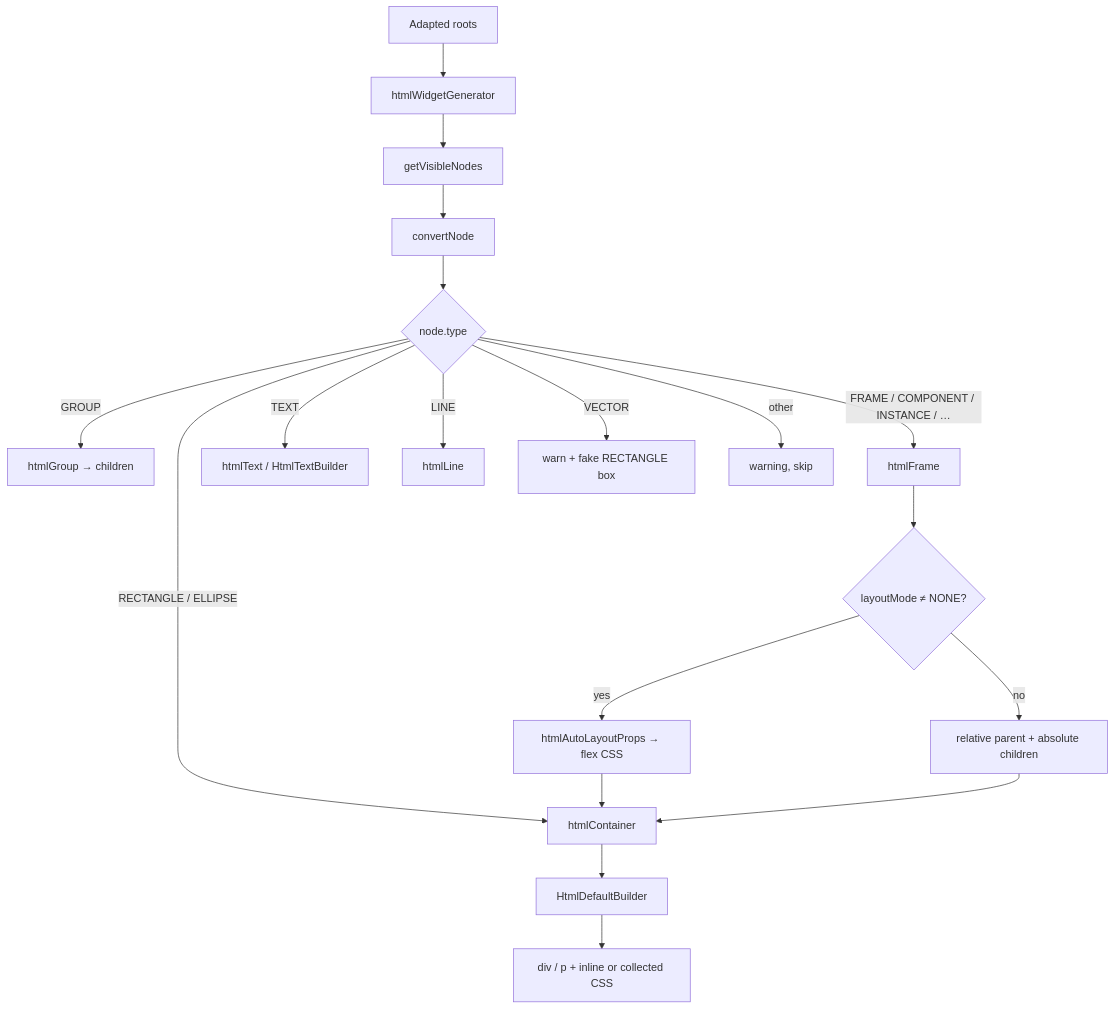
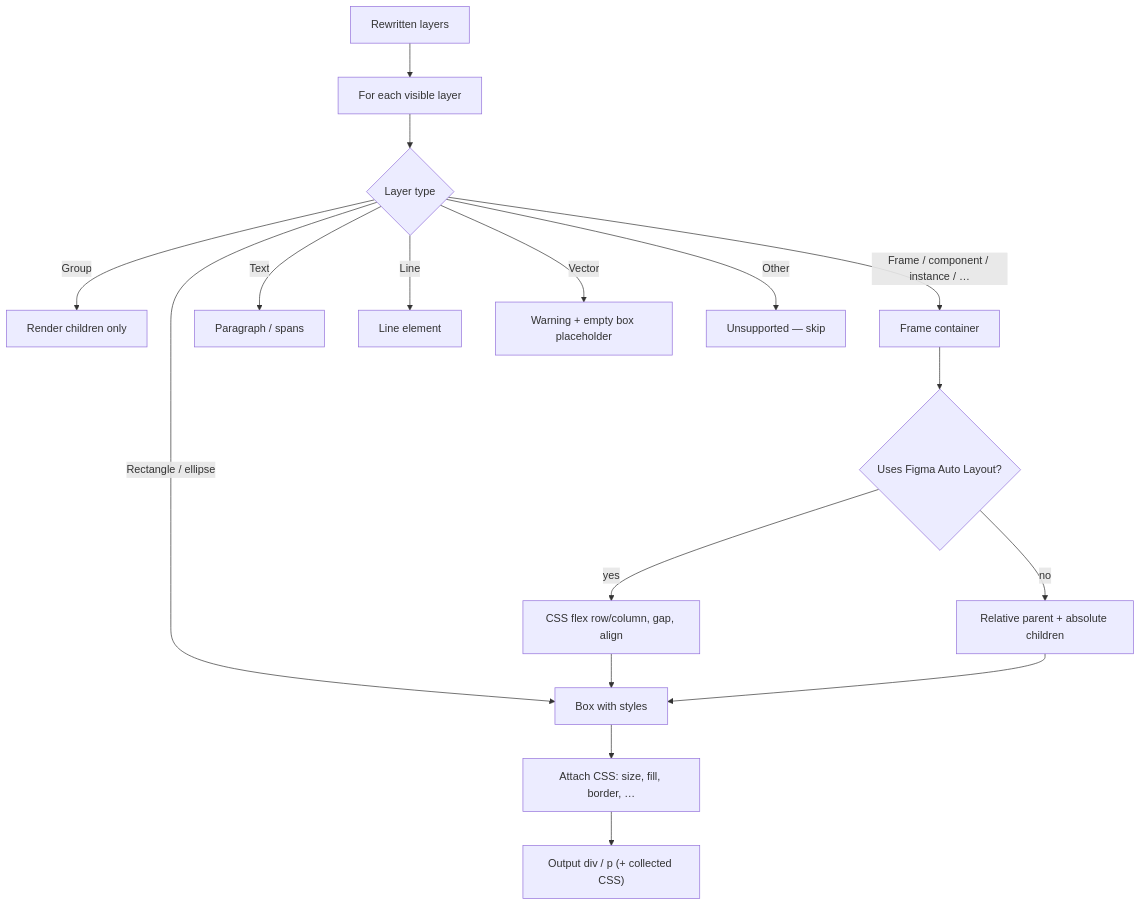
One commit to CodeByStella/FIGMA2CODE changed the fourth of 4 diagrams in tools/figma-layout/README.md. Above: the diagram before and after it, drawn with Mermaid. The commit also changed other lines of this file, not shown here.

````diff
--- a/tools/figma-layout/README.md
+++ b/tools/figma-layout/README.md
@@ -223,21 +216,19 @@
 ```mermaid
 flowchart TD
-  Roots["Adapted roots"] --> W["htmlWidgetGenerator"]
-  W --> Vis["getVisibleNodes"]
-  Vis --> CN["convertNode"]
-  CN --> Type{"node.type"}
-  Type -->|RECTANGLE / ELLIPSE| Cont["htmlContainer"]
-  Type -->|GROUP| Grp["htmlGroup → children"]
-  Type -->|FRAME / COMPONENT / INSTANCE / …| Fr["htmlFrame"]
-  Type -->|TEXT| Txt["htmlText / HtmlTextBuilder"]
-  Type -->|LINE| Ln["htmlLine"]
-  Type -->|VECTOR| Vec["warn + fake RECTANGLE box"]
-  Type -->|other| Warn["warning, skip"]
-  Fr --> AL{"layoutMode ≠ NONE?"}
-  AL -->|yes| Flex["htmlAutoLayoutProps → flex CSS"]
-  AL -->|no| Abs["relative parent + absolute children"]
+  Roots["Rewritten layers"] --> W["For each visible layer"]
+  W --> Type{"Layer type"}
+  Type -->|Rectangle / ellipse| Cont["Box with styles"]
+  Type -->|Group| Grp["Render children only"]
+  Type -->|Frame / component / instance / …| Fr["Frame container"]
+  Type -->|Text| Txt["Paragraph / spans"]
+  Type -->|Line| Ln["Line element"]
+  Type -->|Vector| Vec["Warning + empty box placeholder"]
+  Type -->|Other| Warn["Unsupported — skip"]
+  Fr --> AL{"Uses Figma Auto Layout?"}
+  AL -->|yes| Flex["CSS flex row/column, gap, align"]
+  AL -->|no| Abs["Relative parent + absolute children"]
   Flex --> Cont
   Abs --> Cont
-  Cont --> B["HtmlDefaultBuilder"]
-  B --> Out["div / p + inline or collected CSS"]
+  Cont --> B["Attach CSS: size, fill, border, …"]
+  B --> Out["Output div / p (+ collected CSS)"]
 ```
````
